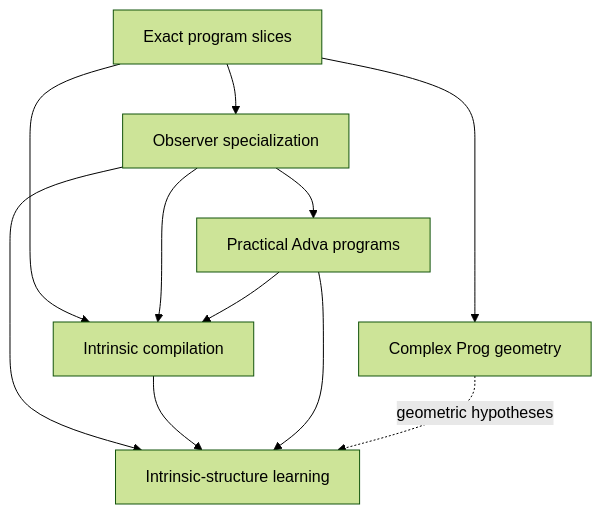
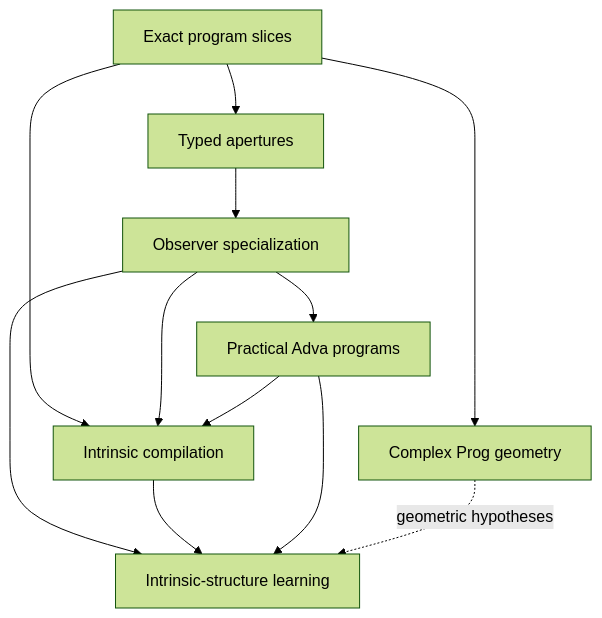
One commit to mountain/adva changed the diagram in docs/RESEARCH_ENGINEERING_AGENDA.md. Above: the diagram before and after it, drawn with Mermaid (forest theme). The commit also changed other lines of this file and 9 other files, not shown here.

````diff
--- a/docs/RESEARCH_ENGINEERING_AGENDA.md
+++ b/docs/RESEARCH_ENGINEERING_AGENDA.md
@@ -31,13 +31,14 @@
 ```mermaid
 flowchart TD
-    P["Exact program slices"] --> S["Observer specialization"]
+    P["Exact program slices"] --> H["Typed apertures"]
+    H --> S["Observer specialization"]
     P --> G["Complex Prog geometry"]
     S --> L["Intrinsic-structure learning"]
     S --> A["Practical Adva programs"]
     P --> C["Intrinsic compilation"]
     S --> C
     A --> C
     C --> L
     A --> L
     G -. "geometric hypotheses" .-> L
 ```
````
